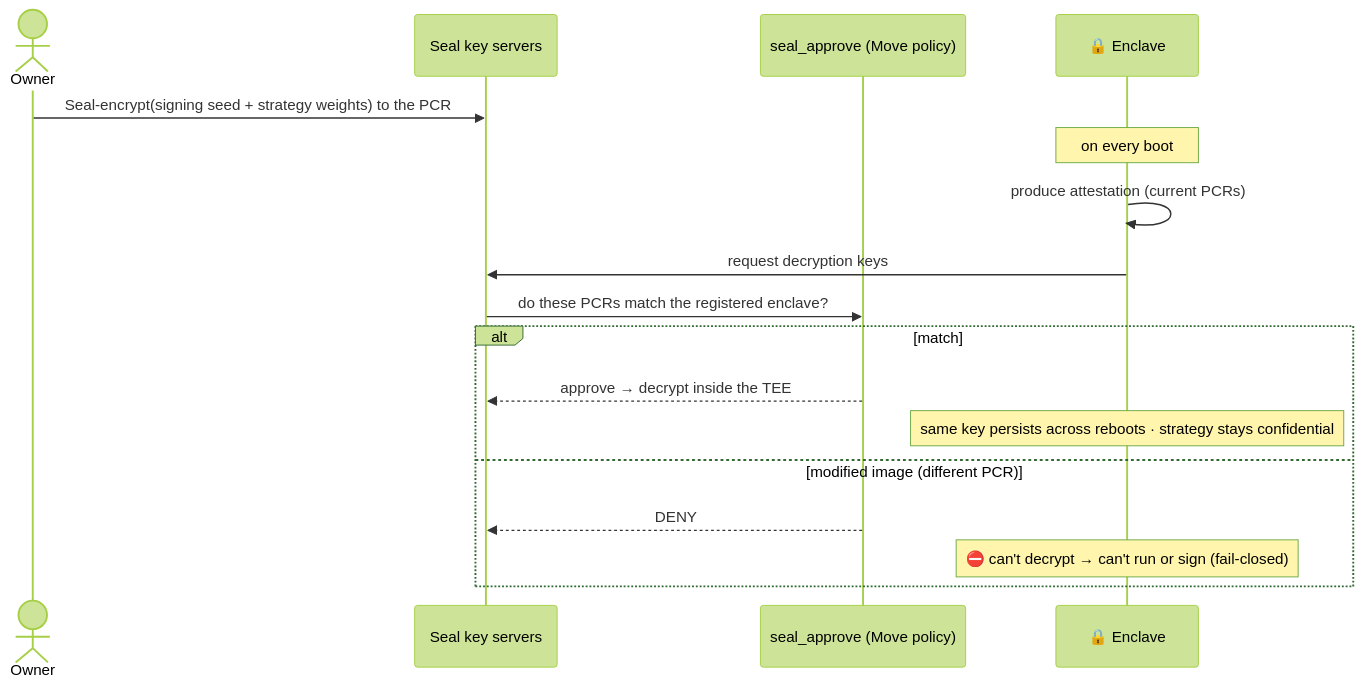
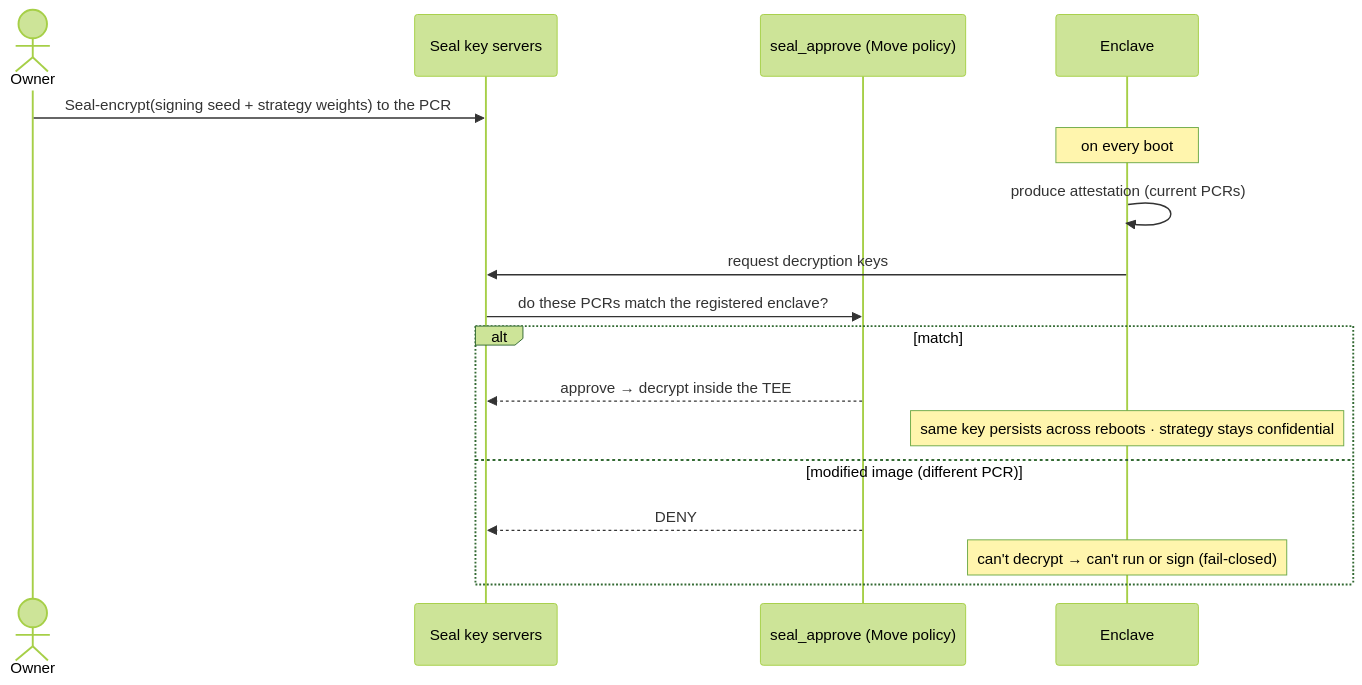
The seventh of 9 diagrams in docs/treasury-agent-design.md (speedxgul/looping-agent), drawn with Mermaid (forest theme) before and after one commit. The commit also changed other lines of this file and 13 other files, not shown here.

````diff
--- a/docs/treasury-agent-design.md
+++ b/docs/treasury-agent-design.md
@@ -413,20 +424,20 @@
 ```mermaid
 sequenceDiagram
     actor Owner
     participant Seal as Seal key servers
     participant Approve as seal_approve (Move policy)
-    participant Enc as 🔒 Enclave
+    participant Enc as Enclave
 
     Owner->>Seal: Seal-encrypt(signing seed + strategy weights) to the PCR
     Note over Enc: on every boot
     Enc->>Enc: produce attestation (current PCRs)
     Enc->>Seal: request decryption keys
     Seal->>Approve: do these PCRs match the registered enclave?
     alt match
         Approve-->>Seal: approve → decrypt inside the TEE
         Note over Enc: same key persists across reboots · strategy stays confidential
     else modified image (different PCR)
         Approve-->>Seal: DENY
-        Note over Enc: ⛔ can't decrypt → can't run or sign (fail-closed)
+        Note over Enc: can't decrypt → can't run or sign (fail-closed)
     end
 ```
````
